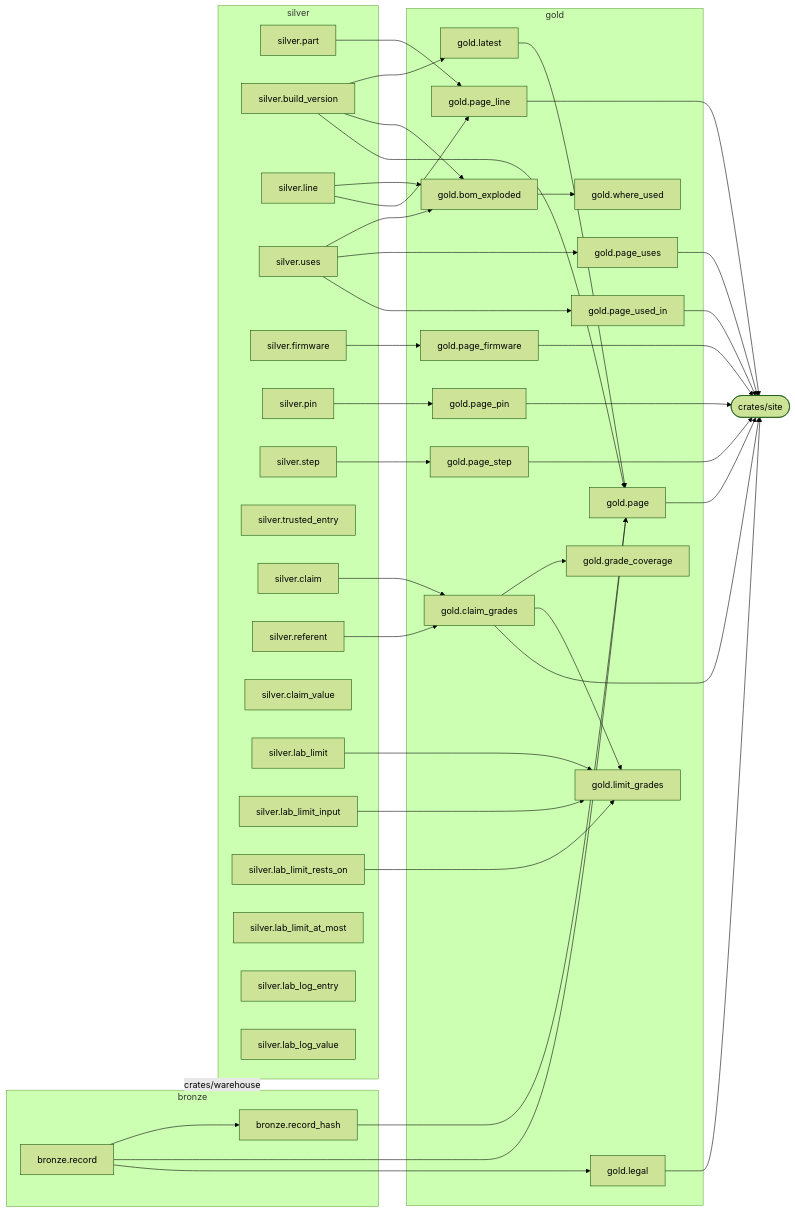
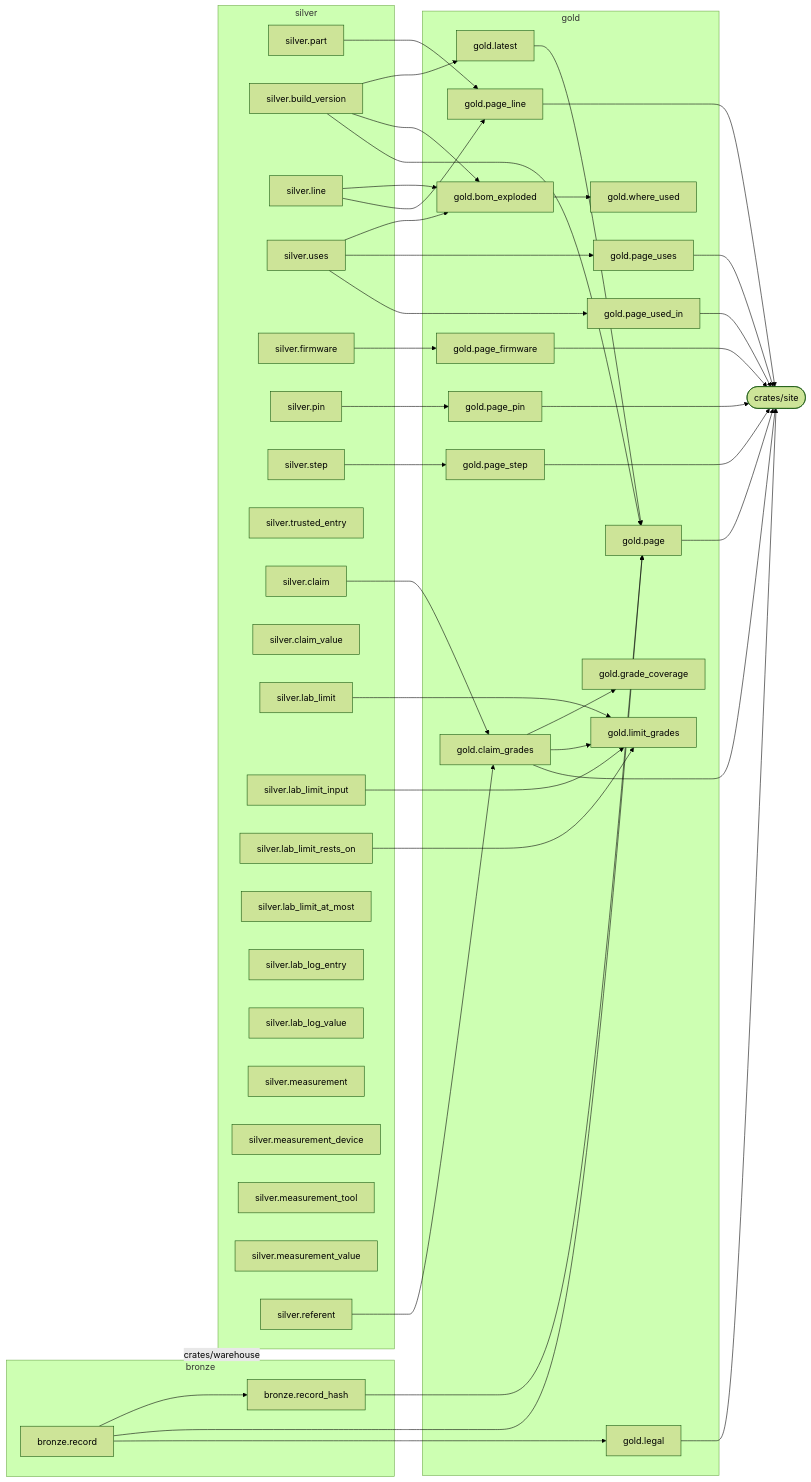
Before and after one commit to via-balaena/tentzhen: the diagram in docs/data-catalogue.md, drawn with Mermaid (forest theme). The commit also changed other lines of this file and 11 other files, not shown here.

````diff
--- a/docs/data-catalogue.md
+++ b/docs/data-catalogue.md
@@ -13,78 +13,82 @@
 ```mermaid
 flowchart LR
   subgraph bronze
     bronze_record["bronze.record"]
     bronze_record_hash["bronze.record_hash"]
   end
   subgraph silver
     silver_part["silver.part"]
     silver_build_version["silver.build_version"]
     silver_line["silver.line"]
     silver_uses["silver.uses"]
     silver_firmware["silver.firmware"]
     silver_pin["silver.pin"]
     silver_step["silver.step"]
     silver_trusted_entry["silver.trusted_entry"]
     silver_claim["silver.claim"]
-    silver_referent["silver.referent"]
     silver_claim_value["silver.claim_value"]
     silver_lab_limit["silver.lab_limit"]
     silver_lab_limit_input["silver.lab_limit_input"]
     silver_lab_limit_rests_on["silver.lab_limit_rests_on"]
     silver_lab_limit_at_most["silver.lab_limit_at_most"]
     silver_lab_log_entry["silver.lab_log_entry"]
     silver_lab_log_value["silver.lab_log_value"]
+    silver_measurement["silver.measurement"]
+    silver_measurement_device["silver.measurement_device"]
+    silver_measurement_tool["silver.measurement_tool"]
+    silver_measurement_value["silver.measurement_value"]
+    silver_referent["silver.referent"]
   end
   subgraph gold
     gold_latest["gold.latest"]
     gold_claim_grades["gold.claim_grades"]
     gold_grade_coverage["gold.grade_coverage"]
     gold_bom_exploded["gold.bom_exploded"]
     gold_where_used["gold.where_used"]
     gold_limit_grades["gold.limit_grades"]
     gold_page["gold.page"]
     gold_page_line["gold.page_line"]
     gold_page_uses["gold.page_uses"]
     gold_page_used_in["gold.page_used_in"]
     gold_page_firmware["gold.page_firmware"]
     gold_page_pin["gold.page_pin"]
     gold_page_step["gold.page_step"]
     gold_legal["gold.legal"]
   end
   bronze -. crates/warehouse .-> silver
   bronze_record --> bronze_record_hash
   silver_build_version --> gold_latest
   silver_claim --> gold_claim_grades
   silver_referent --> gold_claim_grades
   gold_claim_grades --> gold_grade_coverage
   silver_build_version --> gold_bom_exploded
   silver_line --> gold_bom_exploded
   silver_uses --> gold_bom_exploded
   gold_bom_exploded --> gold_where_used
   gold_claim_grades --> gold_limit_grades
   silver_lab_limit --> gold_limit_grades
   silver_lab_limit_input --> gold_limit_grades
   silver_lab_limit_rests_on --> gold_limit_grades
   bronze_record --> gold_page
   bronze_record_hash --> gold_page
   gold_latest --> gold_page
   silver_build_version --> gold_page
   silver_line --> gold_page_line
   silver_part --> gold_page_line
   silver_uses --> gold_page_uses
   silver_uses --> gold_page_used_in
   silver_firmware --> gold_page_firmware
   silver_pin --> gold_page_pin
   silver_step --> gold_page_step
   bronze_record --> gold_legal
   crates_site(["crates/site"])
   gold_claim_grades --> crates_site
   gold_page --> crates_site
   gold_page_line --> crates_site
   gold_page_uses --> crates_site
   gold_page_used_in --> crates_site
   gold_page_firmware --> crates_site
   gold_page_pin --> crates_site
   gold_page_step --> crates_site
   gold_legal --> crates_site
 ```
````
